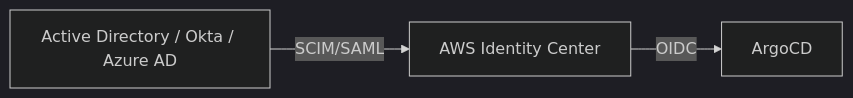
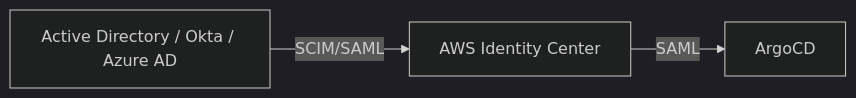
Before and after one commit to OneUptime/blog: the first of 2 diagrams in posts/2026-02-26-argocd-sso-aws-identity-center/README.md, drawn with Mermaid (dark theme). The commit also changed other lines of this file and 2 other files, not shown here.

````diff
--- a/posts/2026-02-26-argocd-sso-aws-identity-center/README.md
+++ b/posts/2026-02-26-argocd-sso-aws-identity-center/README.md
@@ -207,5 +231,5 @@
 ```mermaid
 flowchart LR
     AD[Active Directory / Okta / Azure AD] -->|SCIM/SAML| AWSIC[AWS Identity Center]
-    AWSIC -->|OIDC| ArgoCD
+    AWSIC -->|SAML| ArgoCD
 ```
````
